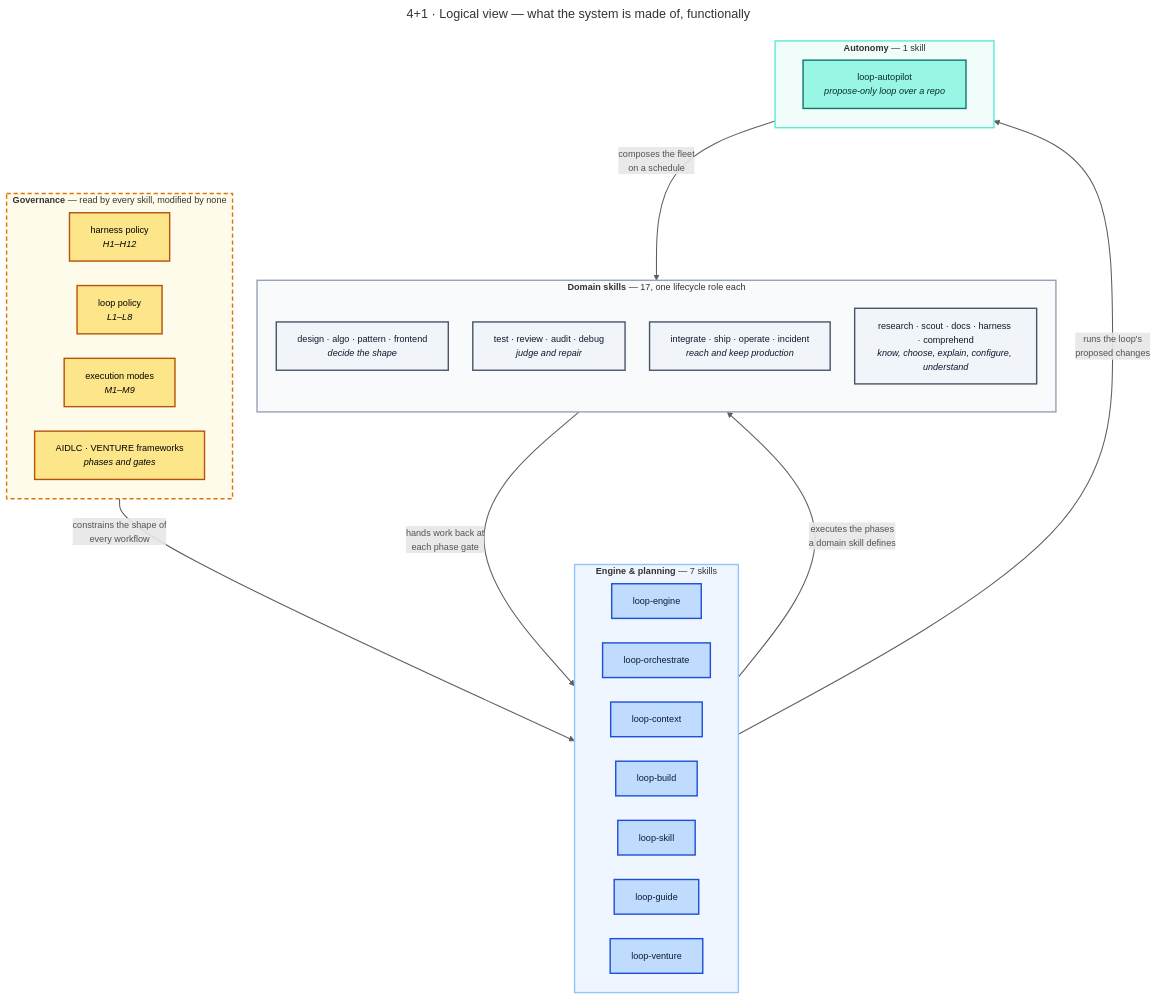
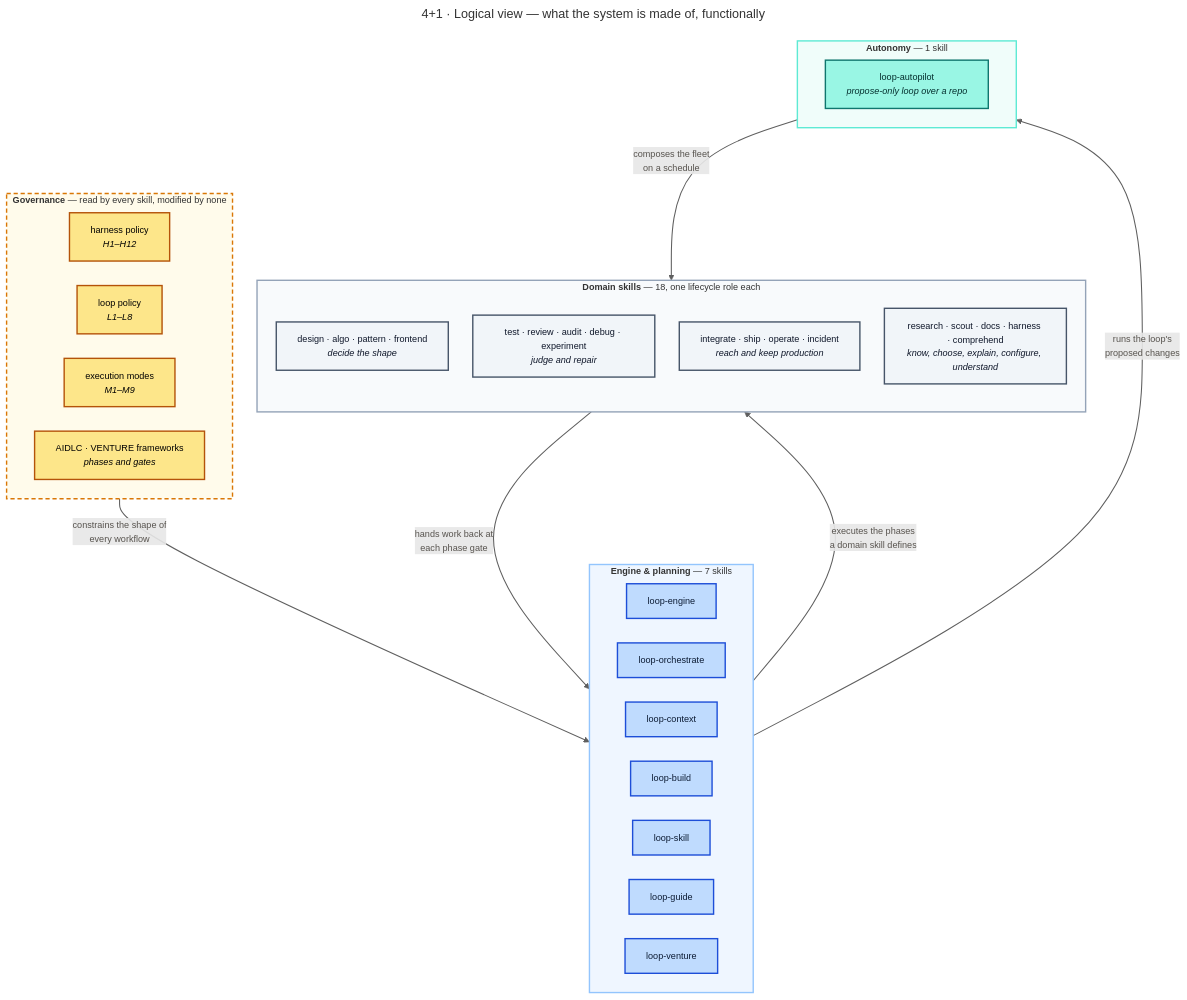
The diagram in docs/c4/diagrams/src/view-logical.mmd (santapong/Proof), drawn with Mermaid before and after one commit. The commit also changed 36 other files, not shown here.

Commit message:
docs: refresh README and architecture with verified SVG diagrams

```diff
--- a/docs/c4/diagrams/src/view-logical.mmd
+++ b/docs/c4/diagrams/src/view-logical.mmd
@@ -1,55 +1,55 @@
 ---
 title: "4+1 · Logical view — what the system is made of, functionally"
 ---
 %%{init: {"flowchart": {"curve": "basis", "nodeSpacing": 35, "rankSpacing": 55}, "themeVariables": {"fontFamily": "Segoe UI, Helvetica, Arial, sans-serif", "fontSize": "13px"}}}%%
 flowchart TB
     subgraph gov["<b>Governance</b> — read by every skill, modified by none"]
         direction LR
         harness["harness policy<br/><i>H1–H12</i>"]
         loop["loop policy<br/><i>L1–L8</i>"]
         modes["execution modes<br/><i>M1–M9</i>"]
         aidlc["AIDLC · VENTURE frameworks<br/><i>phases and gates</i>"]
     end
 
     subgraph engine["<b>Engine &amp; planning</b> — 7 skills"]
         direction LR
         e1["loop-engine"]
         e2["loop-orchestrate"]
         e3["loop-context"]
         e4["loop-build"]
         e5["loop-skill"]
         e6["loop-guide"]
         e7["loop-venture"]
     end
 
-    subgraph domain["<b>Domain skills</b> — 17, one lifecycle role each"]
+    subgraph domain["<b>Domain skills</b> — 18, one lifecycle role each"]
         direction TB
         d1["design · algo · pattern · frontend<br/><i>decide the shape</i>"]
-        d2["test · review · audit · debug<br/><i>judge and repair</i>"]
+        d2["test · review · audit · debug · experiment<br/><i>judge and repair</i>"]
         d3["integrate · ship · operate · incident<br/><i>reach and keep production</i>"]
         d4["research · scout · docs · harness · comprehend<br/><i>know, choose, explain, configure, understand</i>"]
     end
 
     subgraph auto["<b>Autonomy</b> — 1 skill"]
         a1["loop-autopilot<br/><i>propose-only loop over a repo</i>"]
     end
 
     gov -- "constrains the shape of<br/>every workflow" --> engine
     engine -- "executes the phases<br/>a domain skill defines" --> domain
     domain -- "hands work back at<br/>each phase gate" --> engine
     auto -- "composes the fleet<br/>on a schedule" --> domain
     engine -- "runs the loop's<br/>proposed changes" --> auto
 
     classDef law fill:#FDE68A,stroke:#B45309,stroke-width:2px,color:#000
     classDef eng fill:#BFDBFE,stroke:#1D4ED8,stroke-width:2px,color:#0C1B33
     classDef dom fill:#F1F5F9,stroke:#475569,stroke-width:2px,color:#0F172A
     classDef aut fill:#99F6E4,stroke:#0F766E,stroke-width:2px,color:#042F2E
     class harness,loop,modes,aidlc law
     class e1,e2,e3,e4,e5,e6,e7 eng
     class d1,d2,d3,d4 dom
     class a1 aut
     style gov fill:#FFFBEB,stroke:#D97706,stroke-width:2px,stroke-dasharray:6 4
     style engine fill:#EFF6FF,stroke:#93C5FD,stroke-width:2px
     style domain fill:#F8FAFC,stroke:#94A3B8,stroke-width:2px
     style auto fill:#F0FDFA,stroke:#5EEAD4,stroke-width:2px
     linkStyle default stroke:#5F5F5F,stroke-width:1.5px,color:#57534E
```
